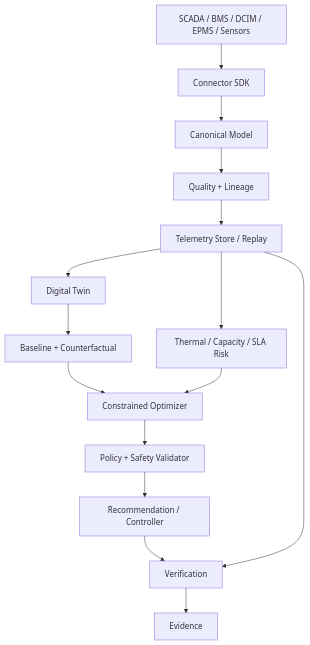
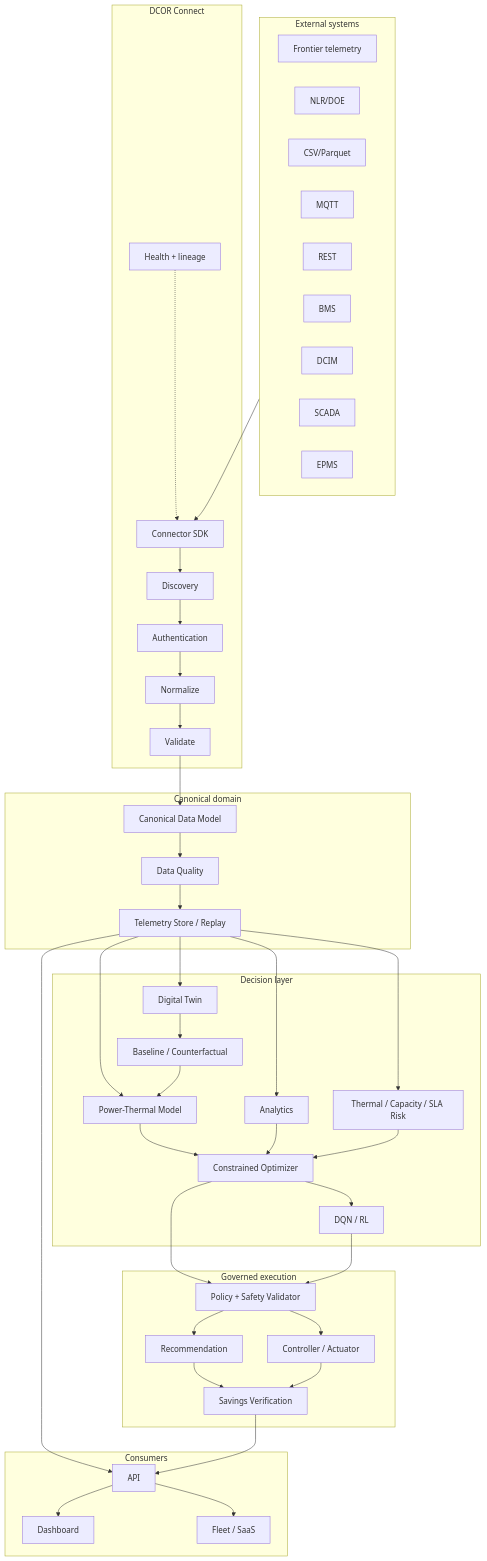
The diagram in ARCHITECTURE.md (scoobiii/dcor), drawn with Mermaid before and after one commit. The commit also changed other lines of this file, not shown here.

Commit message:
docs: reconcile architecture with thermal risk

````diff
--- a/ARCHITECTURE.md
+++ b/ARCHITECTURE.md
@@ -16,22 +19,65 @@
 ```mermaid
 flowchart TB
-  SRC[SCADA / BMS / DCIM / EPMS / Sensors]
-  CON[Connector SDK]
-  CAN[Canonical Model]
-  Q[Quality + Lineage]
-  STORE[Telemetry Store / Replay]
-  TWIN[Digital Twin]
-  BASE[Baseline + Counterfactual]
-  RISK[Thermal / Capacity / SLA Risk]
-  OPT[Constrained Optimizer]
-  POL[Policy + Safety Validator]
-  CTRL[Recommendation / Controller]
-  VER[Verification]
-  EVID[Evidence]
-
-  SRC --> CON --> CAN --> Q --> STORE
-  STORE --> TWIN --> BASE --> OPT
-  STORE --> RISK --> OPT
-  OPT --> POL --> CTRL --> VER --> EVID
-  STORE --> VER
+  subgraph SOURCES[External systems]
+    F[Frontier telemetry]
+    N[NLR/DOE]
+    FILE[CSV/Parquet]
+    MQTT[MQTT]
+    REST[REST]
+    BMS[BMS]
+    DCIM[DCIM]
+    SCADA[SCADA]
+    EPMS[EPMS]
+  end
+  subgraph CONNECT[DCOR Connect]
+    SDK[Connector SDK]
+    DISC[Discovery]
+    AUTH[Authentication]
+    NORM[Normalize]
+    VALID[Validate]
+    HEALTH[Health + lineage]
+  end
+  subgraph DOMAIN[Canonical domain]
+    MODEL[Canonical Data Model]
+    QUALITY[Data Quality]
+    STORE[Telemetry Store / Replay]
+  end
+  subgraph INTEL[Decision layer]
+    TWIN[Digital Twin]
+    BASE[Baseline / Counterfactual]
+    ANA[Analytics]
+    RISK[Thermal / Capacity / SLA Risk]
+    PT[Power-Thermal Model]
+    OPT[Constrained Optimizer]
+    RL[DQN / RL]
+  end
+  subgraph CONTROL[Governed execution]
+    POLICY[Policy + Safety Validator]
+    REC[Recommendation]
+    CTRL[Controller / Actuator]
+    VERIFY[Savings Verification]
+  end
+  subgraph PRESENT[Consumers]
+    API[API]
+    DASH[Dashboard]
+    FLEET[Fleet / SaaS]
+  end
+  SOURCES --> SDK --> DISC --> AUTH --> NORM --> VALID --> MODEL
+  HEALTH -.-> SDK
+  MODEL --> QUALITY --> STORE
+  STORE --> TWIN
+  STORE --> ANA
+  STORE --> RISK
+  STORE --> PT
+  TWIN --> BASE --> PT --> OPT
+  ANA --> OPT
+  RISK --> OPT
+  OPT --> RL
+  OPT --> POLICY
+  RL --> POLICY
+  POLICY --> REC --> VERIFY
+  POLICY --> CTRL --> VERIFY
+  STORE --> API --> DASH
+  VERIFY --> API
+  API --> FLEET
 ```
````
